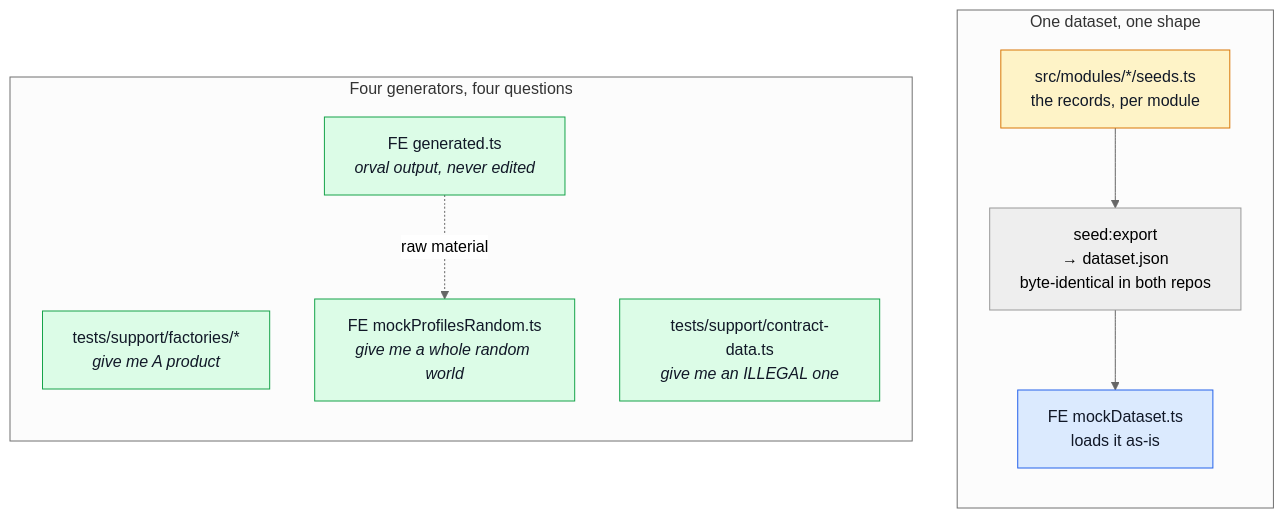
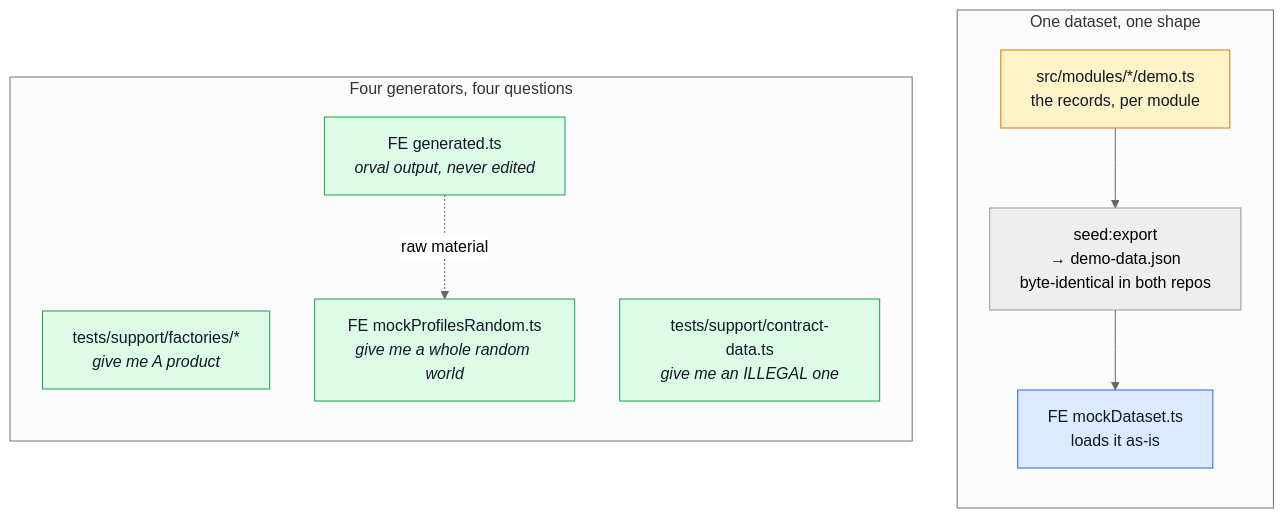
Before and after one commit to Guebbit/boilerplate-node-backend: the second of 3 diagrams in docs/tools/testing-and-docs.md, drawn with Mermaid (neutral theme). The commit also changed other lines of this file and 6 other files, not shown here.

````diff
--- a/docs/tools/testing-and-docs.md
+++ b/docs/tools/testing-and-docs.md
@@ -74,27 +93,27 @@
 ```mermaid
 %%{init: {'flowchart': {'nodeSpacing': 45, 'rankSpacing': 55}}}%%
 flowchart TB
     subgraph one["One dataset, one shape"]
         direction TB
-        Seed["src/modules/*/seeds.ts<br/>the records, per module"]
-        Seed --> Export["seed:export<br/>→ dataset.json<br/>byte-identical in both repos"]
+        Seed["src/modules/*/demo.ts<br/>the records, per module"]
+        Seed --> Export["seed:export<br/>→ demo-data.json<br/>byte-identical in both repos"]
         Export --> FEMap["FE mockDataset.ts<br/>loads it as-is"]
     end
 
     subgraph four["Four generators, four questions"]
         direction TB
         Factories["tests/support/factories/*<br/><i>give me A product</i>"]
         ContractData["tests/support/contract-data.ts<br/><i>give me an ILLEGAL one</i>"]
         Random["FE mockProfilesRandom.ts<br/><i>give me a whole random world</i>"]
         Generated["FE generated.ts<br/><i>orval output, never edited</i>"]
     end
 
     Generated -.raw material.-> Random
 
     classDef source fill:#fef3c7,stroke:#d97706,color:#111827;
     classDef mapper fill:#dbeafe,stroke:#2563eb,color:#111827;
     classDef gen fill:#dcfce7,stroke:#16a34a,color:#111827;
     class Seed source;
     class BEMap,FEMap mapper;
     class Factories,ContractData,Random,Generated gen;
 ```
````
